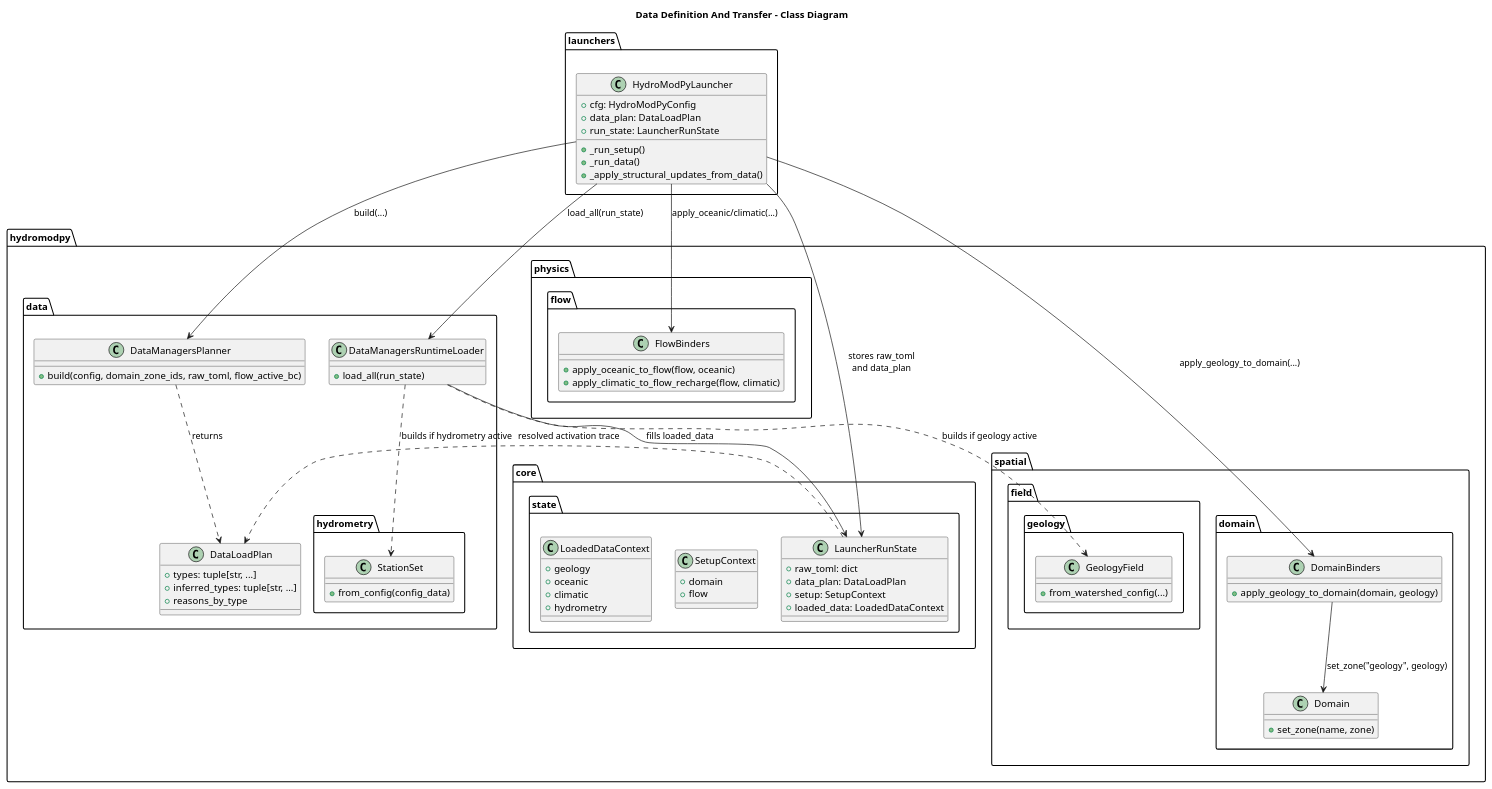
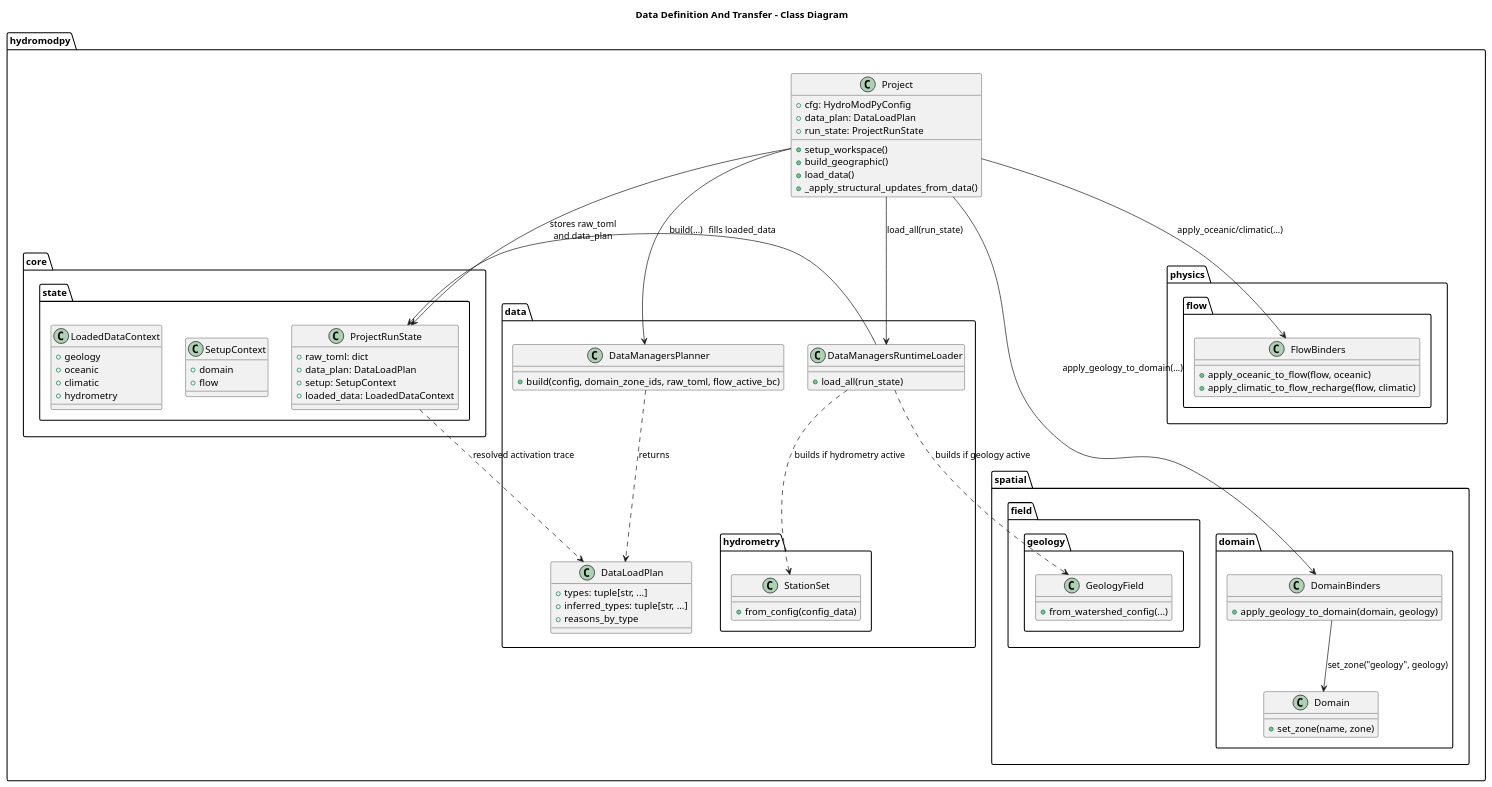
One commit to HydroModPy/HydroModPy changed the diagram in docs/readthedocs/source/architecture/data_loading/diagrams/data_definition_transfer_class.wsd. Above: the diagram before and after it, drawn with PlantUML. The commit also changed 21 other files, not shown here.

Commit message:
[docs] - drop remaining launcher refs from architecture and scientific docs

```diff
--- a/docs/readthedocs/source/architecture/data_loading/diagrams/data_definition_transfer_class.wsd
+++ b/docs/readthedocs/source/architecture/data_loading/diagrams/data_definition_transfer_class.wsd
@@ -1,95 +1,96 @@
 @startuml
 title Data Definition And Transfer - Class Diagram
 
-package "launchers" {
-  class HydroModPyLauncher {
+package "hydromodpy" {
+  class Project {
     +cfg: HydroModPyConfig
     +data_plan: DataLoadPlan
-    +run_state: LauncherRunState
-    +_run_setup()
-    +_run_data()
+    +run_state: ProjectRunState
+    +setup_workspace()
+    +build_geographic()
+    +load_data()
     +_apply_structural_updates_from_data()
   }
 }
 
 package "hydromodpy.core.state" {
-  class LauncherRunState {
+  class ProjectRunState {
     +raw_toml: dict
     +data_plan: DataLoadPlan
     +setup: SetupContext
     +loaded_data: LoadedDataContext
   }
 
   class SetupContext {
     +domain
     +flow
   }
 
   class LoadedDataContext {
     +geology
     +oceanic
     +climatic
     +hydrometry
   }
 }
 
 package "hydromodpy.data" {
   class DataManagersPlanner {
     +build(config, domain_zone_ids, raw_toml, flow_active_bc)
   }
 
   class DataLoadPlan {
     +types: tuple[str, ...]
     +inferred_types: tuple[str, ...]
     +reasons_by_type
   }
 
   class DataManagersRuntimeLoader {
     +load_all(run_state)
   }
 }
 
 package "hydromodpy.spatial.field.geology" {
   class GeologyField {
     +from_watershed_config(...)
   }
 }
 
 package "hydromodpy.data.hydrometry" {
   class StationSet {
     +from_config(config_data)
   }
 }
 
 package "hydromodpy.spatial.domain" {
   class Domain {
     +set_zone(name, zone)
   }
 
   class DomainBinders {
     +apply_geology_to_domain(domain, geology)
   }
 }
 
 package "hydromodpy.physics.flow" {
   class FlowBinders {
     +apply_oceanic_to_flow(flow, oceanic)
     +apply_climatic_to_flow_recharge(flow, climatic)
   }
 }
 
-HydroModPyLauncher --> DataManagersPlanner : build(...)
+Project --> DataManagersPlanner : build(...)
 DataManagersPlanner ..> DataLoadPlan : returns
-HydroModPyLauncher --> LauncherRunState : stores raw_toml\nand data_plan
-HydroModPyLauncher --> DataManagersRuntimeLoader : load_all(run_state)
-DataManagersRuntimeLoader --> LauncherRunState : fills loaded_data
+Project --> ProjectRunState : stores raw_toml\nand data_plan
+Project --> DataManagersRuntimeLoader : load_all(run_state)
+DataManagersRuntimeLoader --> ProjectRunState : fills loaded_data
 
 DataManagersRuntimeLoader ..> GeologyField : builds if geology active
 DataManagersRuntimeLoader ..> StationSet : builds if hydrometry active
 
-HydroModPyLauncher --> DomainBinders : apply_geology_to_domain(...)
+Project --> DomainBinders : apply_geology_to_domain(...)
 DomainBinders --> Domain : set_zone("geology", geology)
-HydroModPyLauncher --> FlowBinders : apply_oceanic/climatic(...)
+Project --> FlowBinders : apply_oceanic/climatic(...)
 
-LauncherRunState ..> DataLoadPlan : resolved activation trace
+ProjectRunState ..> DataLoadPlan : resolved activation trace
 @enduml
```
